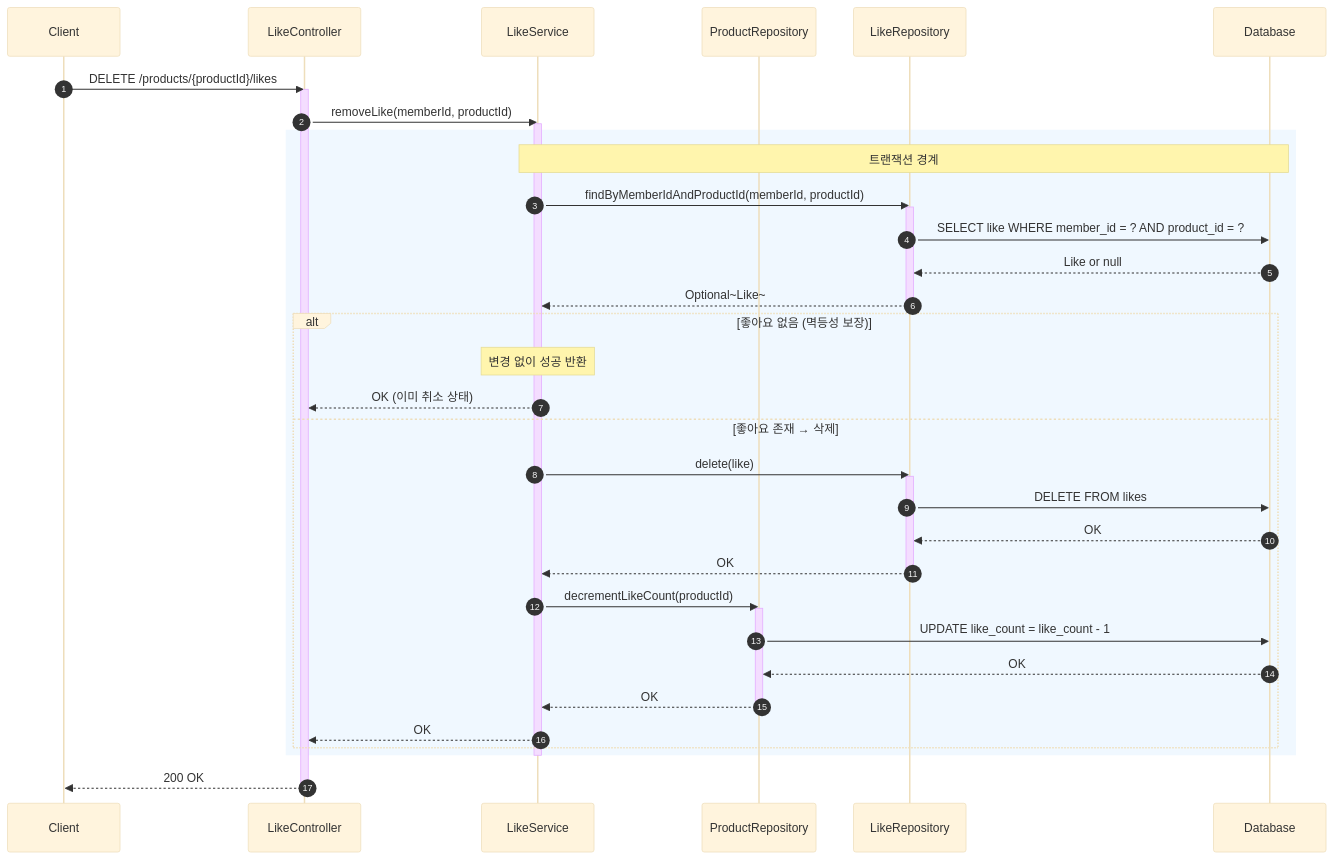
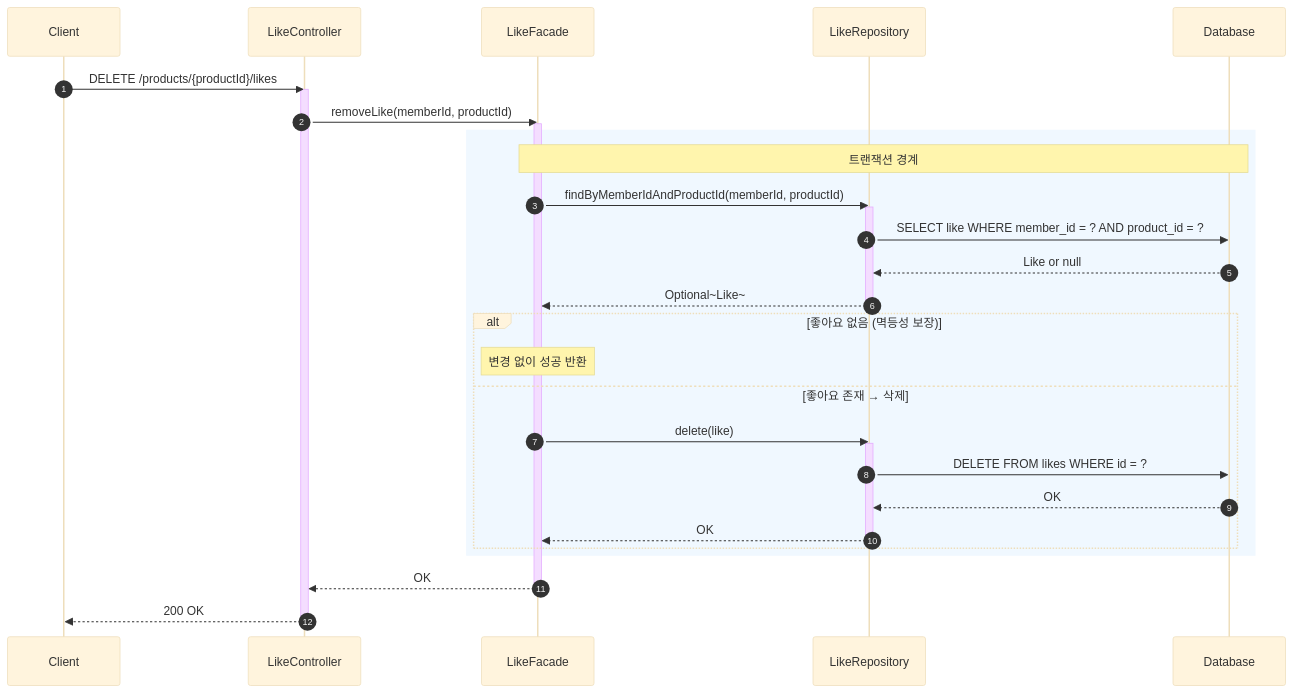
Before and after one commit to Loopers-dev-lab/loop-pack-be-l2-vol3-java: the third of 8 diagrams in docs/design/02-sequence-diagrams.md, drawn with Mermaid (base theme). The commit also changed other lines of this file and 3 other files, not shown here.

````diff
--- a/docs/design/02-sequence-diagrams.md
+++ b/docs/design/02-sequence-diagrams.md
@@ -205,51 +230,41 @@
 ```mermaid
 sequenceDiagram
     autonumber
     participant Client
     participant Controller as LikeController
-    participant Service as LikeService
-    participant ProductRepo as ProductRepository
+    participant Facade as LikeFacade
     participant LikeRepo as LikeRepository
     participant DB as Database
 
     Client->>Controller: DELETE /products/{productId}/likes
     activate Controller
-    Controller->>Service: removeLike(memberId, productId)
-    activate Service
+    Controller->>Facade: removeLike(memberId, productId)
+    activate Facade
 
     rect rgb(240, 248, 255)
-        Note over Service,DB: 트랜잭션 경계
+        Note over Facade,DB: 트랜잭션 경계
 
-        Service->>LikeRepo: findByMemberIdAndProductId(memberId, productId)
+        Facade->>LikeRepo: findByMemberIdAndProductId(memberId, productId)
         activate LikeRepo
         LikeRepo->>DB: SELECT like WHERE member_id = ? AND product_id = ?
         DB-->>LikeRepo: Like or null
-        LikeRepo-->>Service: Optional~Like~
+        LikeRepo-->>Facade: Optional~Like~
         deactivate LikeRepo
 
         alt 좋아요 없음 (멱등성 보장)
-            Note over Service: 변경 없이 성공 반환
-            Service-->>Controller: OK (이미 취소 상태)
+            Note over Facade: 변경 없이 성공 반환
         else 좋아요 존재 → 삭제
-            Service->>LikeRepo: delete(like)
+            Facade->>LikeRepo: delete(like)
             activate LikeRepo
-            LikeRepo->>DB: DELETE FROM likes
+            LikeRepo->>DB: DELETE FROM likes WHERE id = ?
             DB-->>LikeRepo: OK
-            LikeRepo-->>Service: OK
+            LikeRepo-->>Facade: OK
             deactivate LikeRepo
-
-            Service->>ProductRepo: decrementLikeCount(productId)
-            activate ProductRepo
-            ProductRepo->>DB: UPDATE like_count = like_count - 1
-            DB-->>ProductRepo: OK
-            ProductRepo-->>Service: OK
-            deactivate ProductRepo
-
-            Service-->>Controller: OK
         end
     end
 
-    deactivate Service
+    Facade-->>Controller: OK
+    deactivate Facade
     Controller-->>Client: 200 OK
     deactivate Controller
 ```
````
